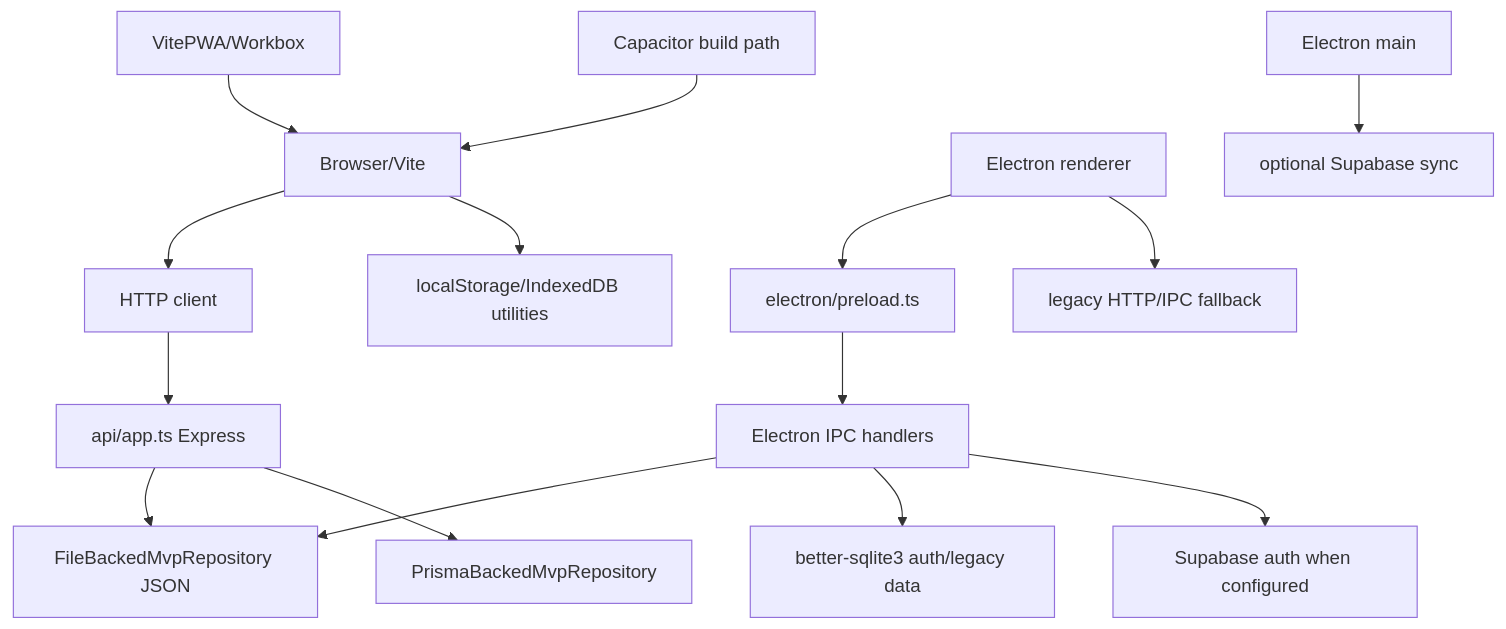
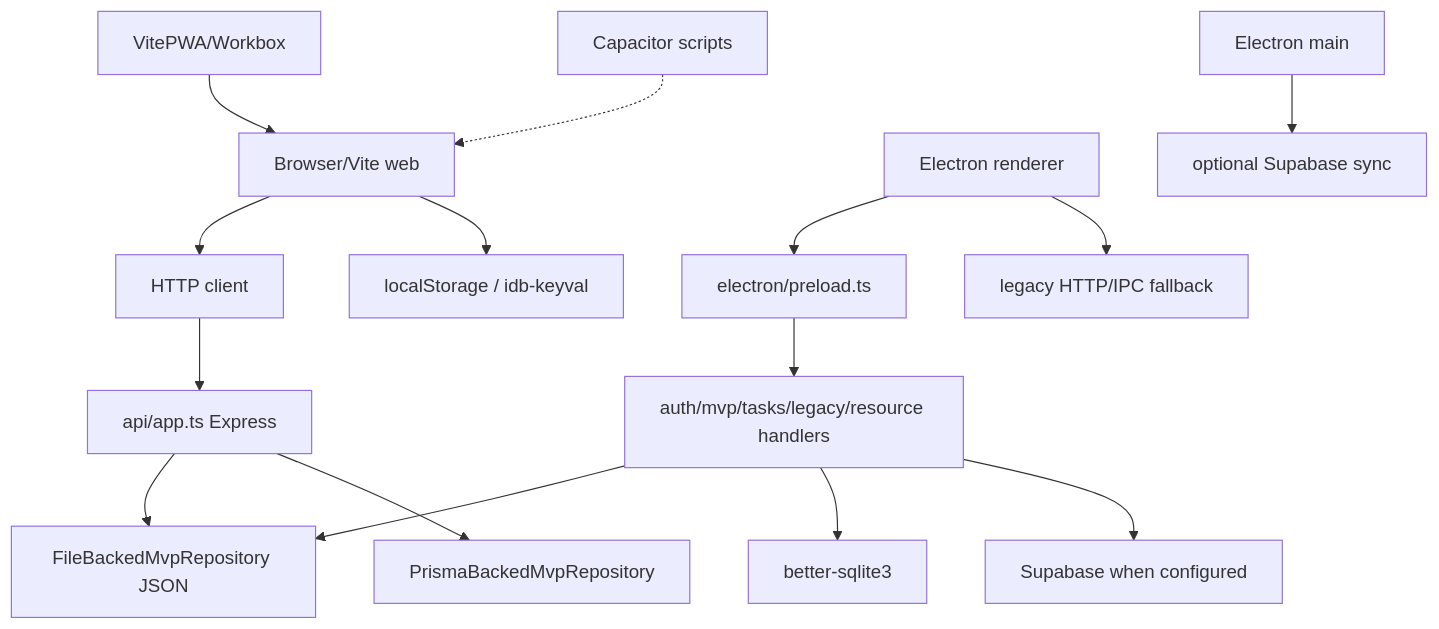
Before and after one commit to RenyEnnos/life-os: the diagram in docs/audits/2026-07-13-lifeos-forensic-audit.md, drawn with Mermaid. The commit also changed other lines of this file, not shown here.

````diff
--- a/docs/audits/2026-07-13-lifeos-forensic-audit.md
+++ b/docs/audits/2026-07-13-lifeos-forensic-audit.md
@@ -98,17 +145,17 @@
 ```mermaid
 flowchart TD
-  Browser[Browser/Vite] --> HttpClient[HTTP client]
+  Browser[Browser/Vite web] --> HttpClient[HTTP client]
   HttpClient --> Express[api/app.ts Express]
   Express --> FileRepo[FileBackedMvpRepository JSON]
   Express --> PrismaRepo[PrismaBackedMvpRepository]
   ElectronRenderer[Electron renderer] --> Preload[electron/preload.ts]
-  Preload --> IPC[Electron IPC handlers]
+  Preload --> IPC[auth/mvp/tasks/legacy/resource handlers]
   IPC --> FileRepo
-  IPC --> SQLite[better-sqlite3 auth/legacy data]
-  IPC --> SupaAuth[Supabase auth when configured]
+  IPC --> SQLite[better-sqlite3]
+  IPC --> SupaAuth[Supabase when configured]
   ElectronRenderer --> Legacy[legacy HTTP/IPC fallback]
-  Browser --> BrowserStore[localStorage/IndexedDB utilities]
+  Browser --> BrowserStore[localStorage / idb-keyval]
   ElectronMain[Electron main] --> Sync[optional Supabase sync]
   PWA[VitePWA/Workbox] --> Browser
-  Android[Capacitor build path] --> Browser
+  Android[Capacitor scripts] -.-> Browser
 ```
````
